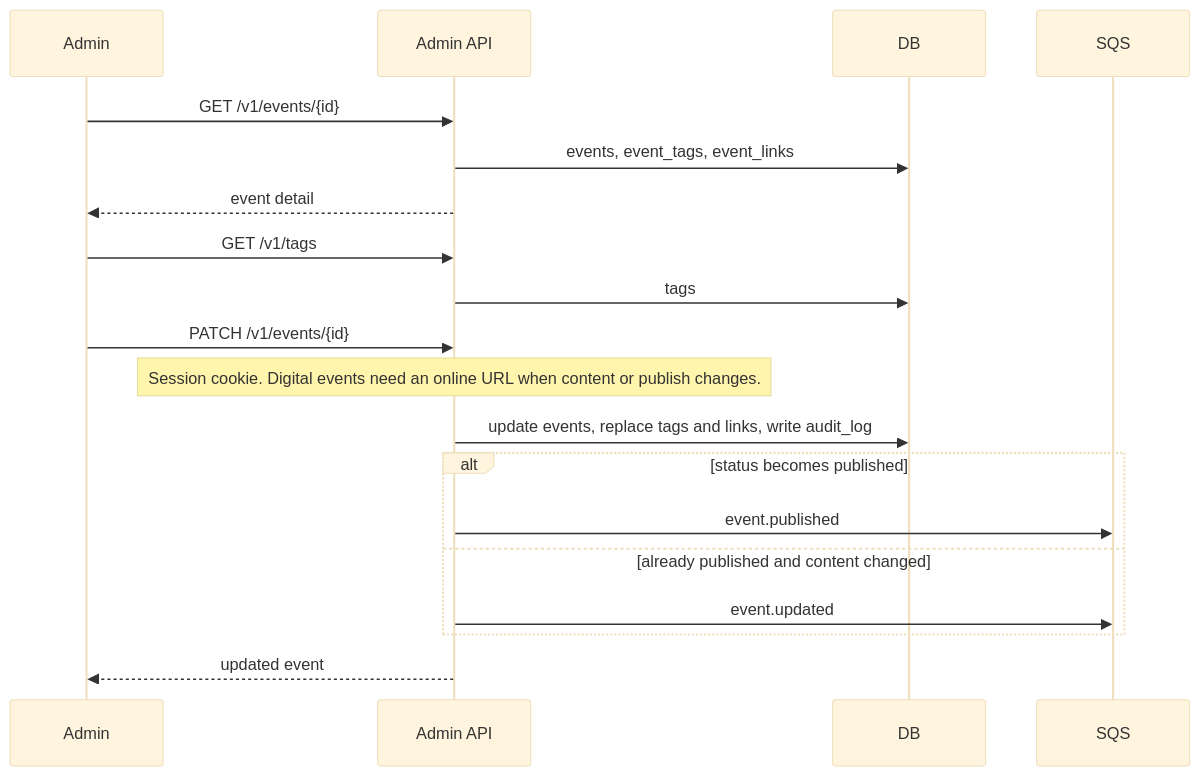
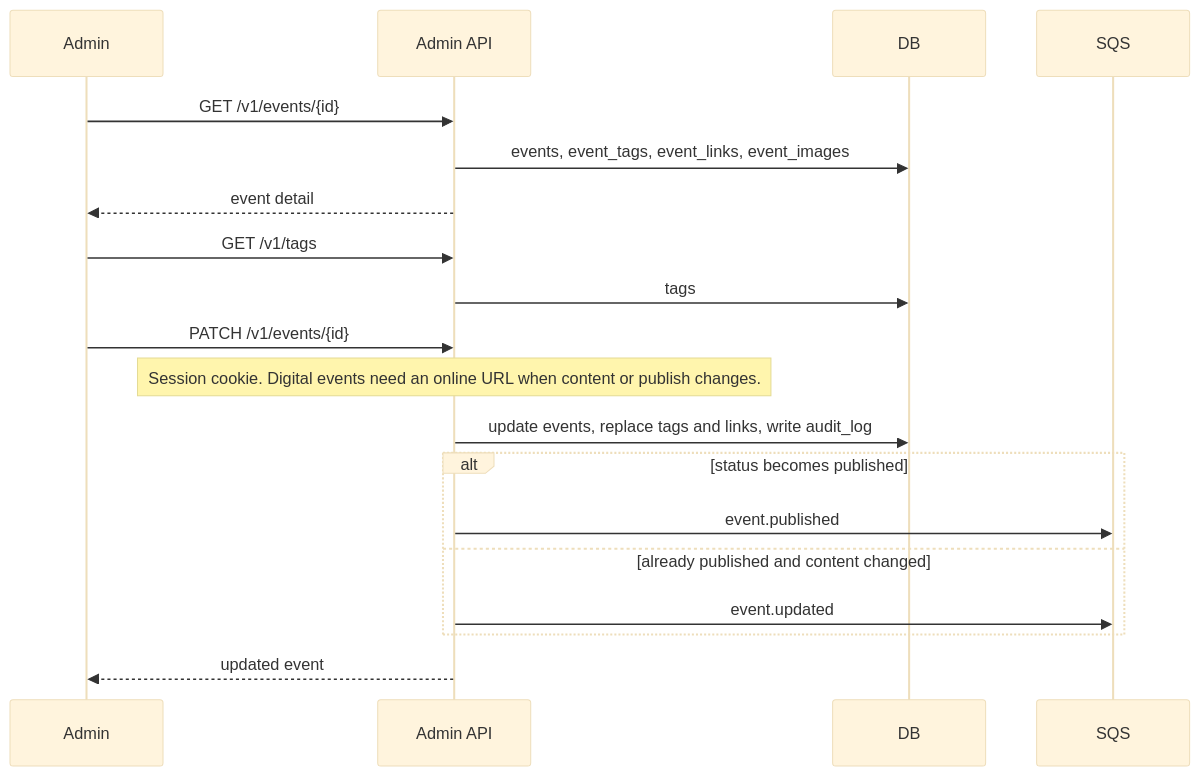
The first of 2 diagrams in docs/flows/admin-event-edit.md (BradleySmallbottoms/evently), drawn with Mermaid (base theme) before and after one commit. The commit also changed other lines of this file and 62 other files, not shown here.

````diff
--- a/docs/flows/admin-event-edit.md
+++ b/docs/flows/admin-event-edit.md
@@ -5,21 +5,21 @@
 ```mermaid
 sequenceDiagram
   participant Admin
   participant API as Admin API
   participant DB
   participant SQS
   Admin->>API: GET /v1/events/{id}
-  API->>DB: events, event_tags, event_links
+  API->>DB: events, event_tags, event_links, event_images
   API-->>Admin: event detail
   Admin->>API: GET /v1/tags
   API->>DB: tags
   Admin->>API: PATCH /v1/events/{id}
   Note over API: Session cookie. Digital events need an online URL when content or publish changes.
   API->>DB: update events, replace tags and links, write audit_log
   alt status becomes published
     API->>SQS: event.published
   else already published and content changed
     API->>SQS: event.updated
   end
   API-->>Admin: updated event
 ```
````
